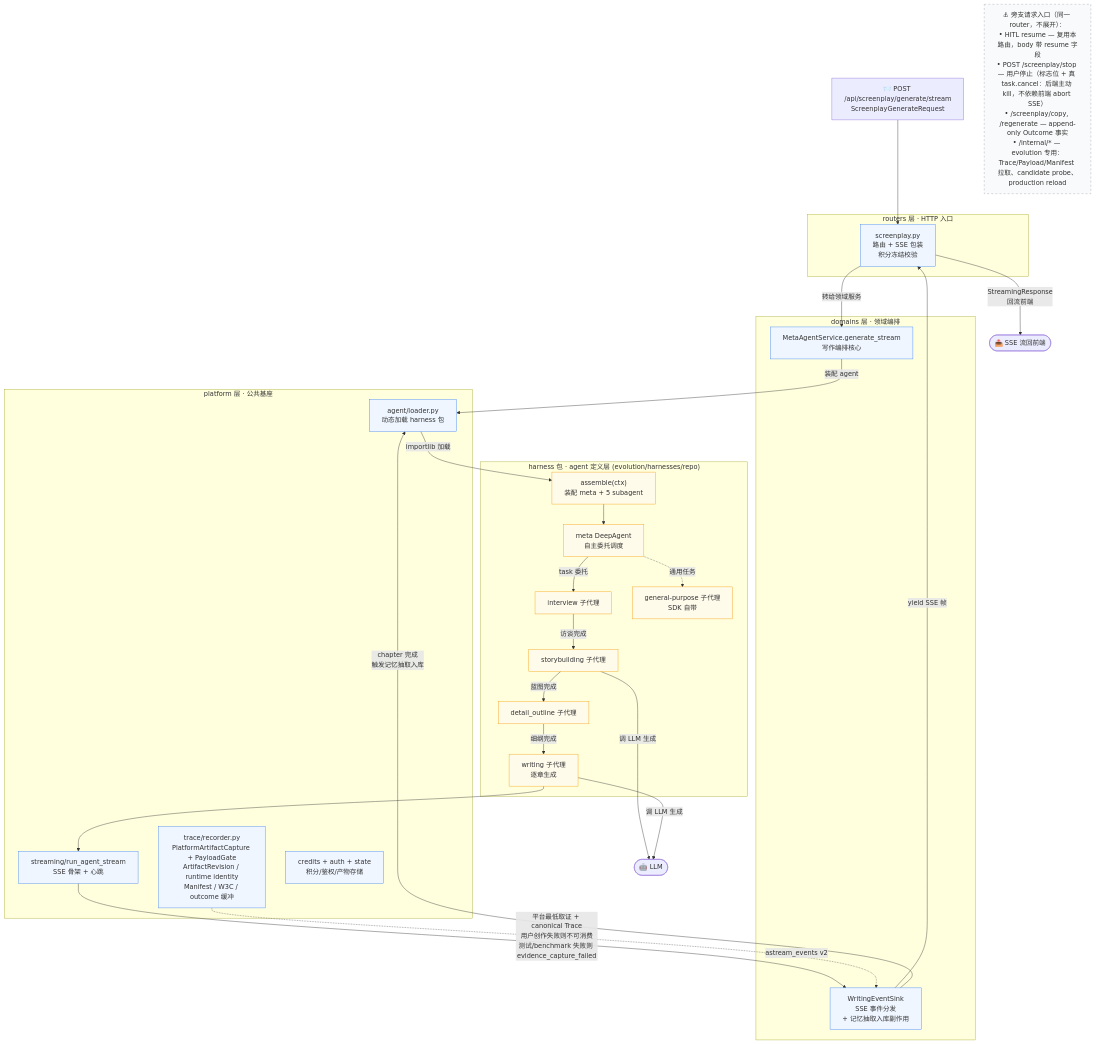
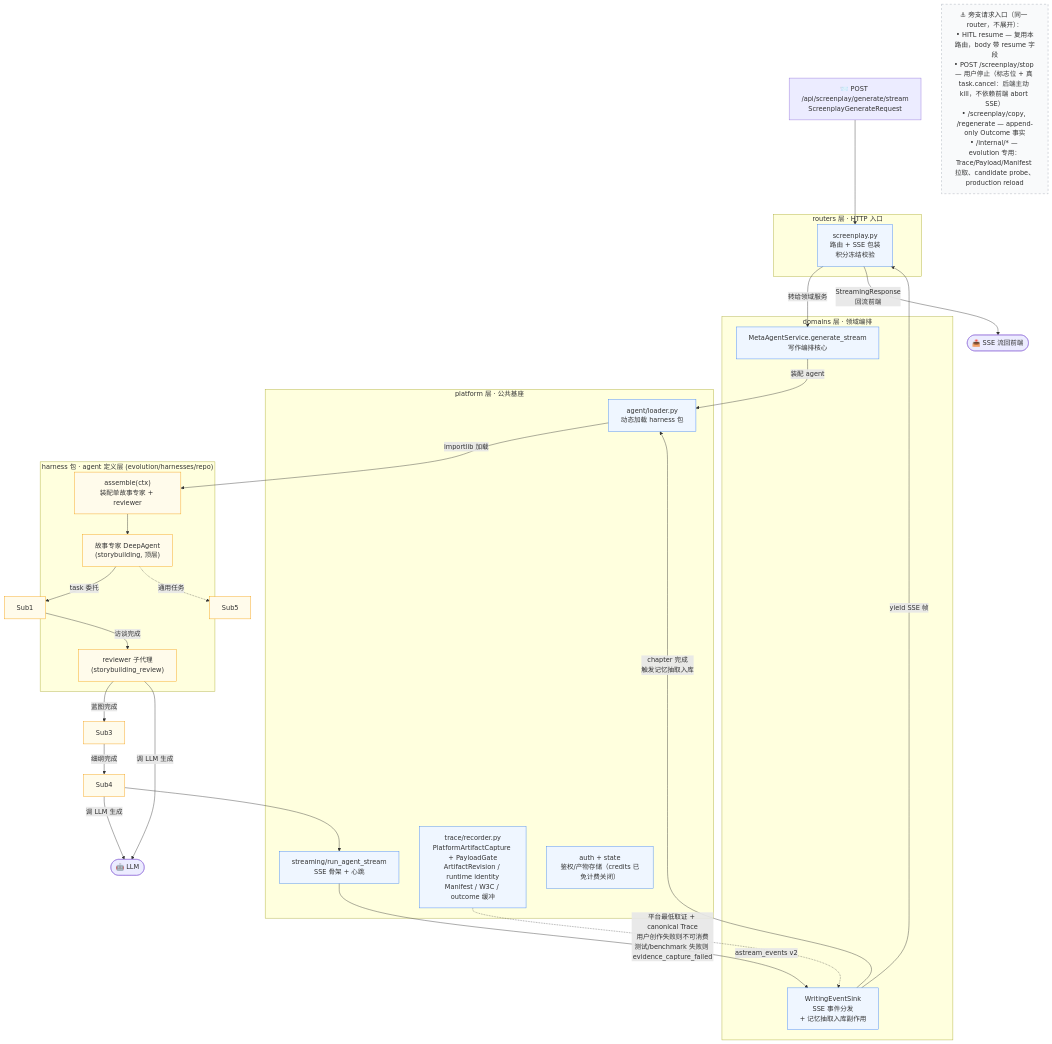
One commit to gaoshoupaper-code/EvoWriter changed the second of 9 diagrams in docs/系统心智模型.md. Above: the diagram before and after it, drawn with Mermaid. The commit also changed other lines of this file and 4 other files, not shown here.

````diff
--- a/docs/系统心智模型.md
+++ b/docs/系统心智模型.md
@@ -127,65 +134,61 @@
 ```mermaid
 flowchart TD
     Req["📨 POST /api/screenplay/generate/stream<br/>ScreenplayGenerateRequest"]
 
     subgraph L_Routers["routers 层 · HTTP 入口"]
         R1["screenplay.py<br/>路由 + SSE 包装<br/>积分冻结校验"]
     end
 
     subgraph L_Domains["domains 层 · 领域编排"]
         D1["MetaAgentService.generate_stream<br/>写作编排核心"]
         D2["WritingEventSink<br/>SSE 事件分发<br/>+ 记忆抽取入库副作用"]
     end
 
     subgraph L_Platform["platform 层 · 公共基座"]
         P1["agent/loader.py<br/>动态加载 harness 包"]
         P2["streaming/run_agent_stream<br/>SSE 骨架 + 心跳"]
         P3["trace/recorder.py<br/>PlatformArtifactCapture + PayloadGate<br/>ArtifactRevision / runtime identity<br/>Manifest / W3C / outcome 缓冲"]
-        P4["credits + auth + state<br/>积分/鉴权/产物存储"]
+        P4["auth + state<br/>鉴权/产物存储（credits 已免计费关闭）"]
     end
 
     subgraph L_Harness["harness 包 · agent 定义层 (evolution/harnesses/repo)"]
-        H1["assemble(ctx)<br/>装配 meta + 5 subagent"]
-        Meta["meta DeepAgent<br/>自主委托调度"]
-        Sub1["interview 子代理"]
-        Sub2["storybuilding 子代理"]
-        Sub3["detail_outline 子代理"]
-        Sub4["writing 子代理<br/>逐章生成"]
-        Sub5["general-purpose 子代理<br/>SDK 自带"]
+        H1["assemble(ctx)<br/>装配单故事专家 + reviewer"]
+        Meta["故事专家 DeepAgent<br/>(storybuilding, 顶层)"]
+        Sub2["reviewer 子代理<br/>(storybuilding_review)"]
     end
 
     LLM(["🤖 LLM"])
 
     %% 主线
     Req --> R1
     R1 -->|"转给领域服务"| D1
     D1 -->|"装配 agent"| P1
     P1 -->|"importlib 加载"| H1
     H1 --> Meta
     Meta -->|"task 委托"| Sub1
     Sub1 -->|"访谈完成"| Sub2
     Sub2 -->|"蓝图完成"| Sub3
     Sub3 -->|"细纲完成"| Sub4
     Meta -.->|"通用任务"| Sub5
     Sub4 --> P2
     Sub2 & Sub4 -->|"调 LLM 生成"| LLM
 
     %% 回流
     P2 -->|"astream_events v2"| D2
     D2 -->|"yield SSE 帧"| R1
     P3 -.->|"平台最低取证 + canonical Trace<br/>用户创作失败则不可消费<br/>测试/benchmark 失败则 evidence_capture_failed"| D2
     D2 -->|"chapter 完成<br/>触发记忆抽取入库"| P1
 
     R1 -->|"StreamingResponse<br/>回流前端"| Out(["📤 SSE 流回前端"])
 
     %% 旁支锚点
     Anchor["⚓ 旁支请求入口（同一 router，不展开）：<br/>• HITL resume — 复用本路由，body 带 resume 字段<br/>• POST /screenplay/stop — 用户停止（标志位 + 真 task.cancel：后端主动 kill，不依赖前端 abort SSE）<br/>• /screenplay/copy, /regenerate — append-only Outcome 事实<br/>• /internal/* — evolution 专用：Trace/Payload/Manifest 拉取、candidate probe、production reload"]
 
     classDef layer fill:#eff6ff,stroke:#3b82f6
     classDef harness fill:#fffbeb,stroke:#f59e0b
     classDef anchor fill:#f9fafb,stroke:#9ca3af,stroke-dasharray: 5 5
 
     class R1,D1,D2,P1,P2,P3,P4 layer
     class H1,Meta,Sub1,Sub2,Sub3,Sub4,Sub5 harness
     class Anchor anchor
 ```
````
